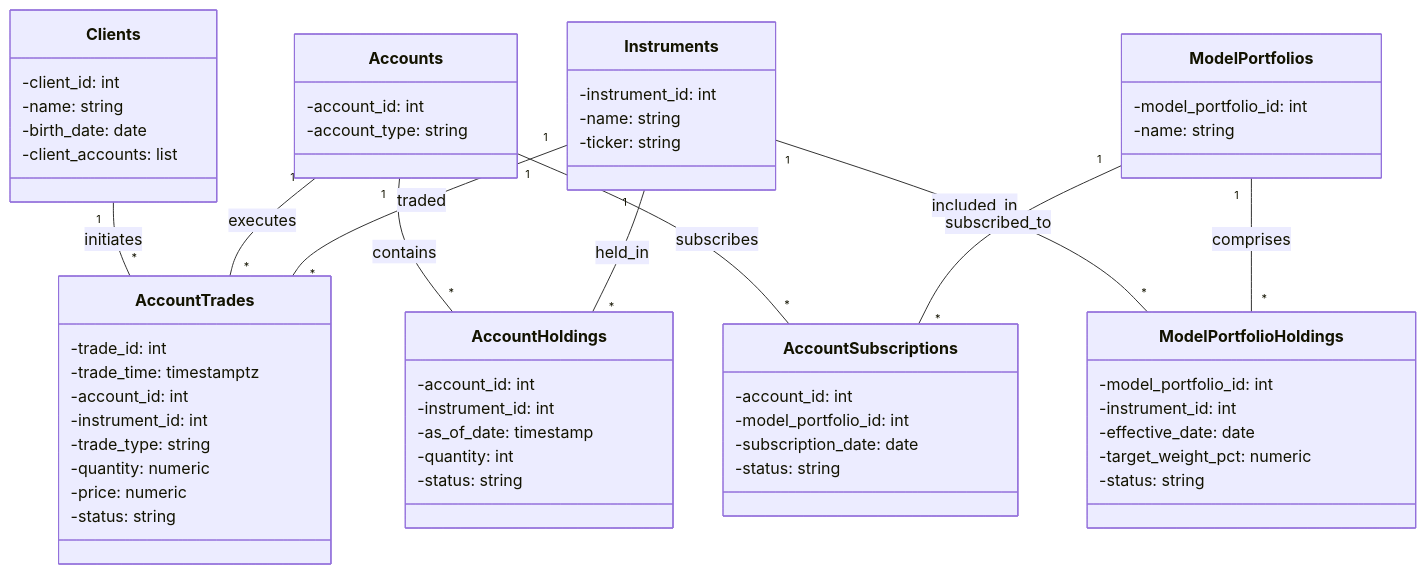
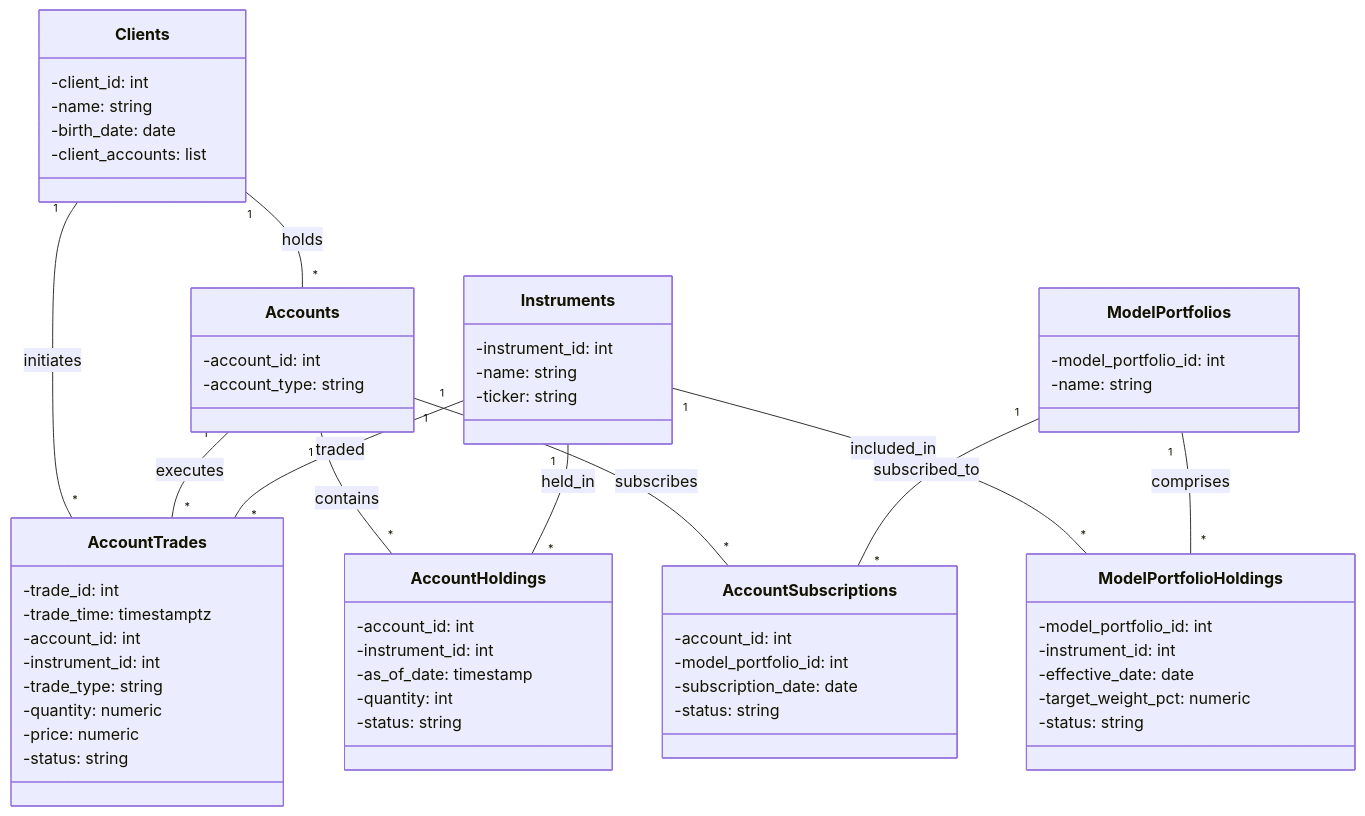
Before and after one commit to vmenon04/trading-platform: the diagram in uml.mmd, drawn with Mermaid.

Commit message:
deleted client_accounts class in uml diagram

```diff
--- a/uml.mmd
+++ b/uml.mmd
@@ -1,69 +1,70 @@
 classDiagram
     class Clients {
         -client_id: int
         -name: string
         -birth_date: date
         -client_accounts: list<accounts>
     }
 
     class Accounts {
         -account_id: int
         -account_type: string
     }
 
 
     class Instruments {
         -instrument_id: int
         -name: string
         -ticker: string
     }
 
     class AccountHoldings {
         -account_id: int
         -instrument_id: int
         -as_of_date: timestamp
         -quantity: int
         -status: string
     }
 
     class AccountTrades {
         -trade_id: int
         -trade_time: timestamptz
         -account_id: int
         -instrument_id: int
         -trade_type: string
         -quantity: numeric
         -price: numeric
         -status: string
     }
 
     class ModelPortfolios {
         -model_portfolio_id: int
         -name: string
     }
 
     class ModelPortfolioHoldings {
         -model_portfolio_id: int
         -instrument_id: int
         -effective_date: date
         -target_weight_pct: numeric
         -status: string
     }
 
     class AccountSubscriptions {
         -account_id: int
         -model_portfolio_id: int
         -subscription_date: date
         -status: string
     }
 
 
     Clients "1" -- "*" AccountTrades : initiates
+    Clients "1" -- "*" Accounts : holds
     Accounts "1" -- "*" AccountHoldings : contains
     Accounts "1" -- "*" AccountTrades : executes
     Accounts "1" -- "*" AccountSubscriptions : subscribes
     Instruments "1" -- "*" AccountHoldings : held_in
     Instruments "1" -- "*" AccountTrades : traded
     Instruments "1" -- "*" ModelPortfolioHoldings : included_in
     ModelPortfolios "1" -- "*" ModelPortfolioHoldings : comprises
     ModelPortfolios "1" -- "*" AccountSubscriptions : subscribed_to
```
